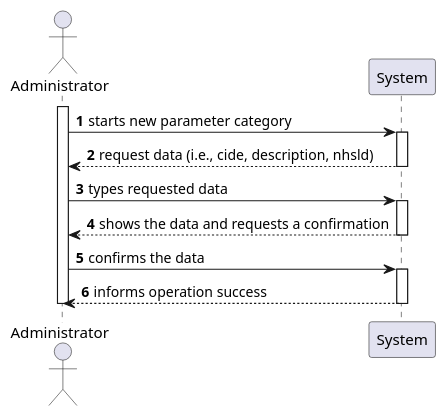
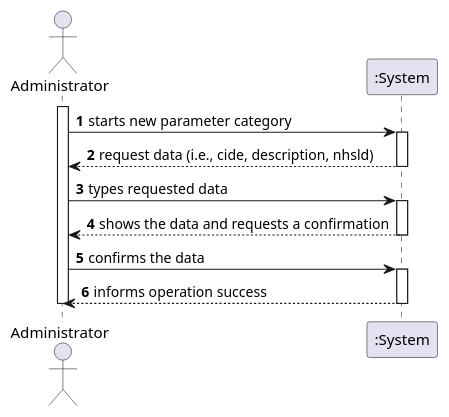
Before and after one commit to manu-07-ela/LAPR2_ISEP: the diagram in docs/SprintB/US11/US11_SSD.puml, drawn with PlantUML. The commit also changed 1 other file, not shown here.

```diff
--- a/docs/SprintB/US11/US11_SSD.puml
+++ b/docs/SprintB/US11/US11_SSD.puml
@@ -1,22 +1,22 @@
 @startuml
 'https://plantuml.com/sequence-diagram
 
 autonumber
-actor Administrator
-activate Administrator
-Administrator -> System: starts new parameter category
-activate System
-System --> Administrator : request data (i.e., cide, description, nhsld)
-deactivate System
-Administrator -> System: types requested data
-activate System
-System --> Administrator : shows the data and requests a confirmation
-deactivate System
-Administrator -> System: confirms the data
-activate System
-System --> Administrator : informs operation success
-deactivate System
-deactivate Administrator
+actor "Administrator" as Adm
+activate Adm
+Adm -> ":System": starts new parameter category
+activate ":System"
+":System" --> Adm : request data (i.e., cide, description, nhsld)
+deactivate ":System"
+Adm -> ":System": types requested data
+activate ":System"
+":System" --> Adm : shows the data and requests a confirmation
+deactivate ":System"
+Adm -> ":System": confirms the data
+activate ":System"
+":System" --> Adm: informs operation success
+deactivate ":System"
+deactivate Adm
 
 
 @enduml
```
